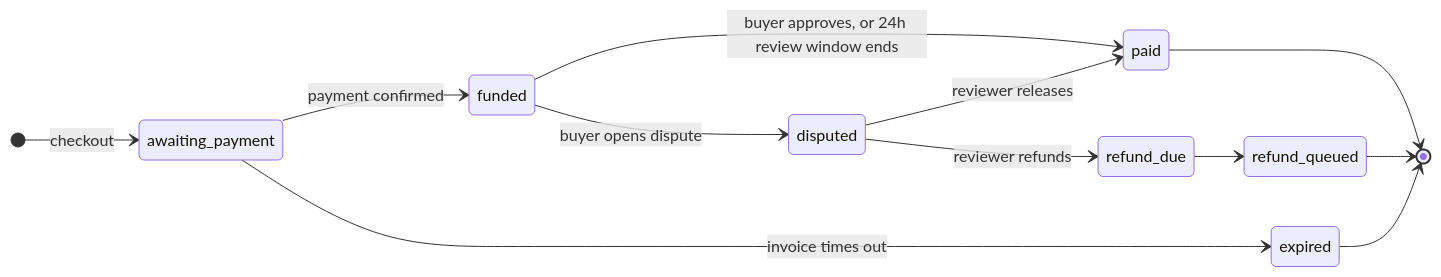
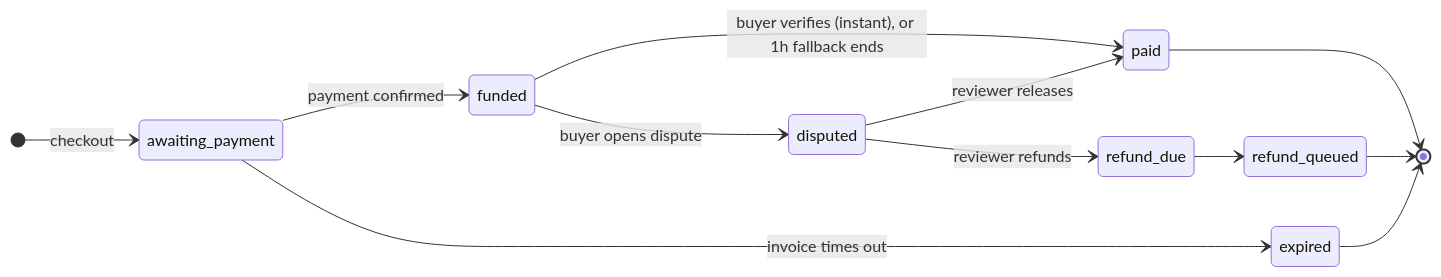
Before and after one commit to Timioni001/Gallery-Arcana: the second of 3 diagrams in README.md, drawn with Mermaid. The commit also changed other lines of this file and 12 other files, not shown here.

First line of the commit message:
Instant release on verified delivery; 1-hour fallback

````diff
--- a/README.md
+++ b/README.md
@@ -100,15 +100,15 @@
 ```mermaid
 stateDiagram-v2
     direction LR
     [*] --> awaiting_payment: checkout
     awaiting_payment --> expired: invoice times out
     awaiting_payment --> funded: payment confirmed
-    funded --> paid: buyer approves, or 24h review window ends
+    funded --> paid: buyer verifies (instant), or 1h fallback ends
     funded --> disputed: buyer opens dispute
     disputed --> paid: reviewer releases
     disputed --> refund_due: reviewer refunds
     refund_due --> refund_queued
     paid --> [*]
     refund_queued --> [*]
     expired --> [*]
 ```
````
